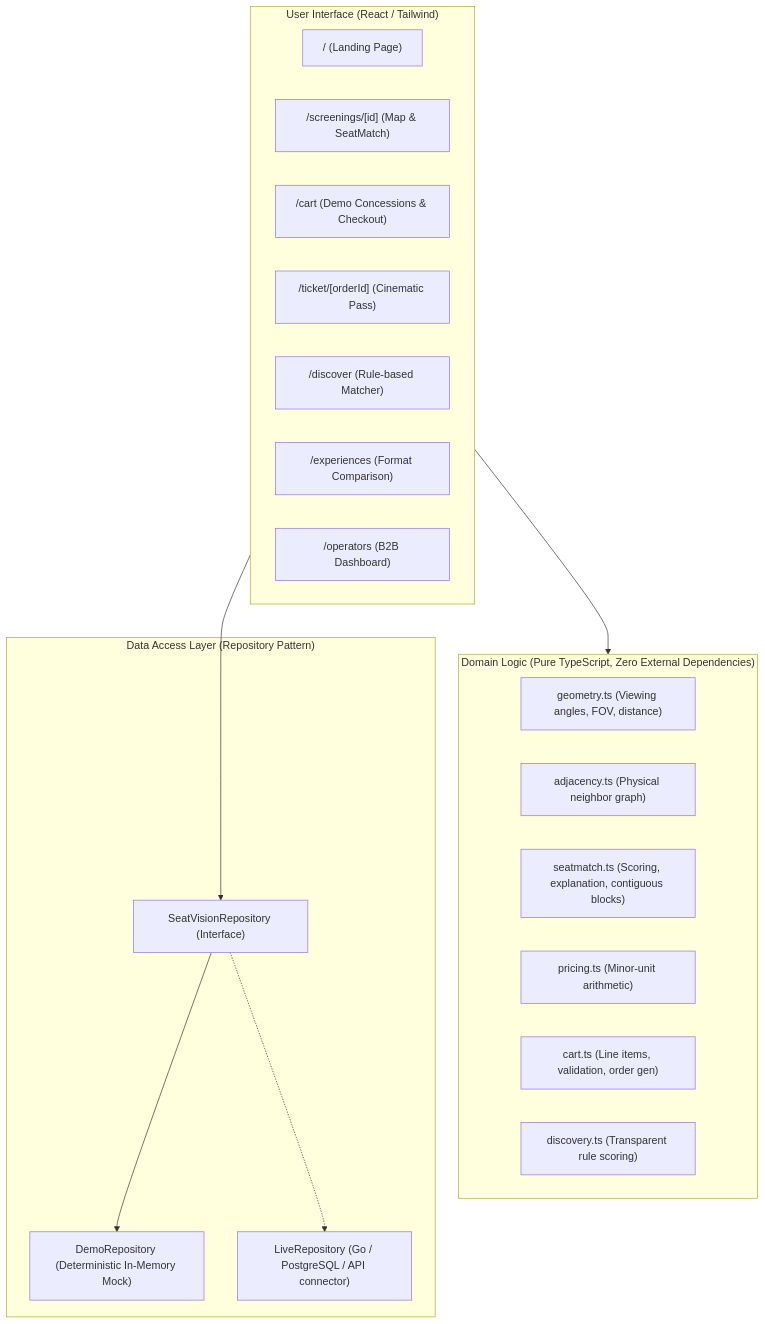
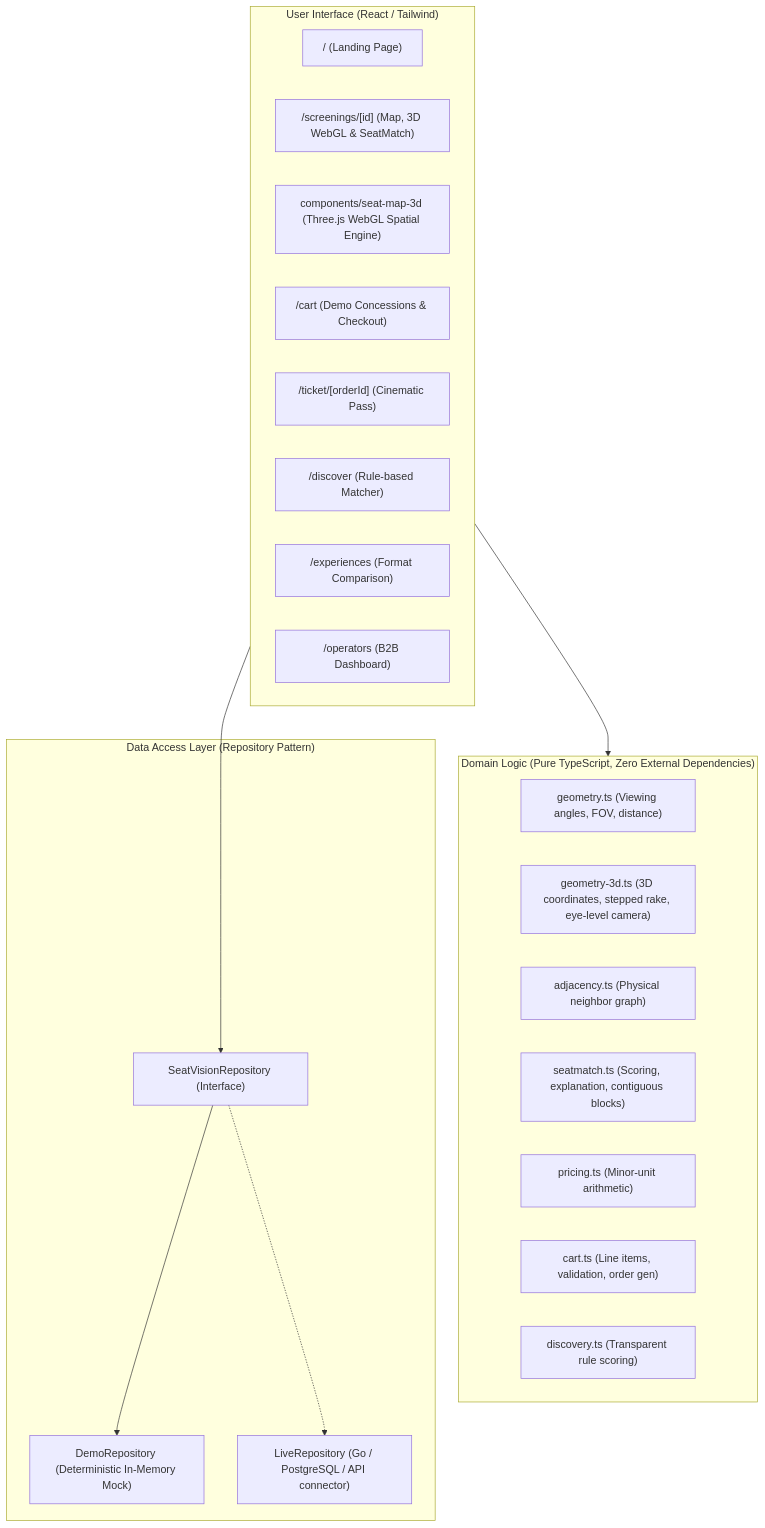
One commit to mertturkel234/SeatVision changed the diagram in docs/ARCHITECTURE.md. Above: the diagram before and after it, drawn with Mermaid. The commit also changed 10 other files, not shown here.

Commit message:
feat: add interactive 3D cinema auditorium with Three.js, view presets and eye-level seat view

````diff
--- a/docs/ARCHITECTURE.md
+++ b/docs/ARCHITECTURE.md
@@ -7,32 +7,34 @@
 ```mermaid
 flowchart TD
     subgraph UI ["User Interface (React / Tailwind)"]
         Home["/ (Landing Page)"]
-        Screening["/screenings/[id] (Map & SeatMatch)"]
+        Screening["/screenings/[id] (Map, 3D WebGL & SeatMatch)"]
+        SeatMap3D["components/seat-map-3d (Three.js WebGL Spatial Engine)"]
         Cart["/cart (Demo Concessions & Checkout)"]
         Ticket["/ticket/[orderId] (Cinematic Pass)"]
         Discover["/discover (Rule-based Matcher)"]
         Experiences["/experiences (Format Comparison)"]
         Operators["/operators (B2B Dashboard)"]
     end
 
     subgraph Domain ["Domain Logic (Pure TypeScript, Zero External Dependencies)"]
         Geometry["geometry.ts (Viewing angles, FOV, distance)"]
+        Geometry3D["geometry-3d.ts (3D coordinates, stepped rake, eye-level camera)"]
         Adjacency["adjacency.ts (Physical neighbor graph)"]
         SeatMatch["seatmatch.ts (Scoring, explanation, contiguous blocks)"]
         Pricing["pricing.ts (Minor-unit arithmetic)"]
         CartDomain["cart.ts (Line items, validation, order gen)"]
         DiscoveryDomain["discovery.ts (Transparent rule scoring)"]
     end
 
     subgraph Data ["Data Access Layer (Repository Pattern)"]
         RepoInterface["SeatVisionRepository (Interface)"]
         DemoRepo["DemoRepository (Deterministic In-Memory Mock)"]
         FutureLive["LiveRepository (Go / PostgreSQL / API connector)"]
     end
 
     UI --> Domain
     UI --> RepoInterface
     RepoInterface --> DemoRepo
     RepoInterface -.-> FutureLive
 ```
````
